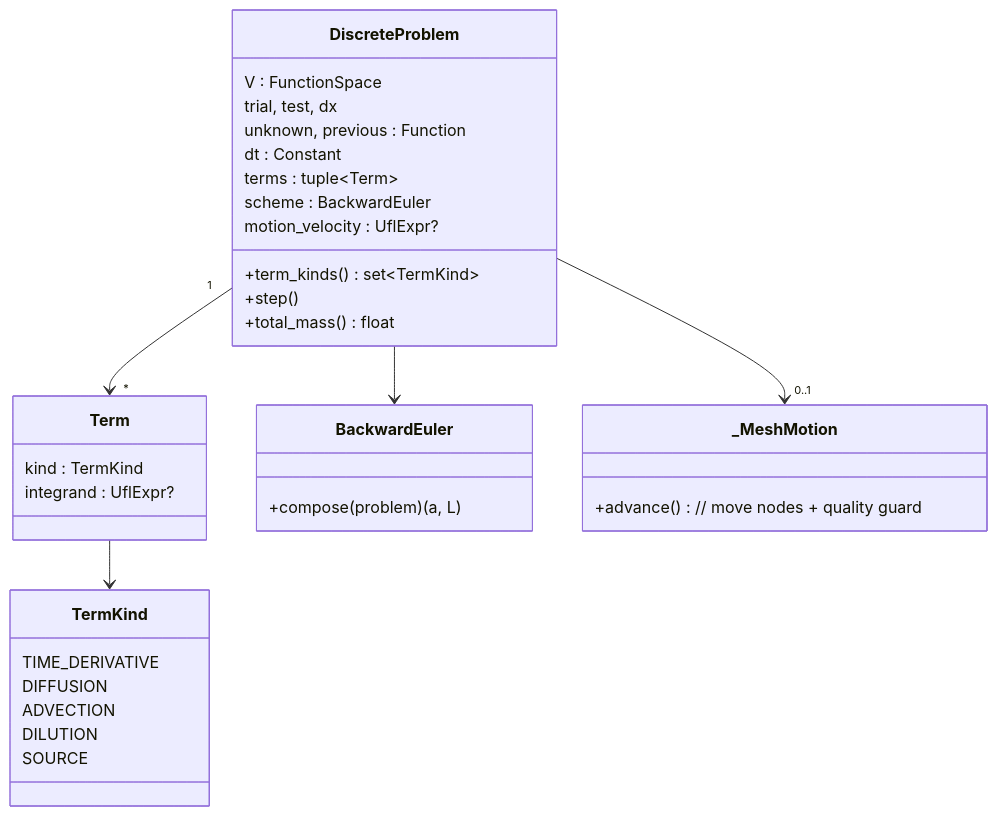
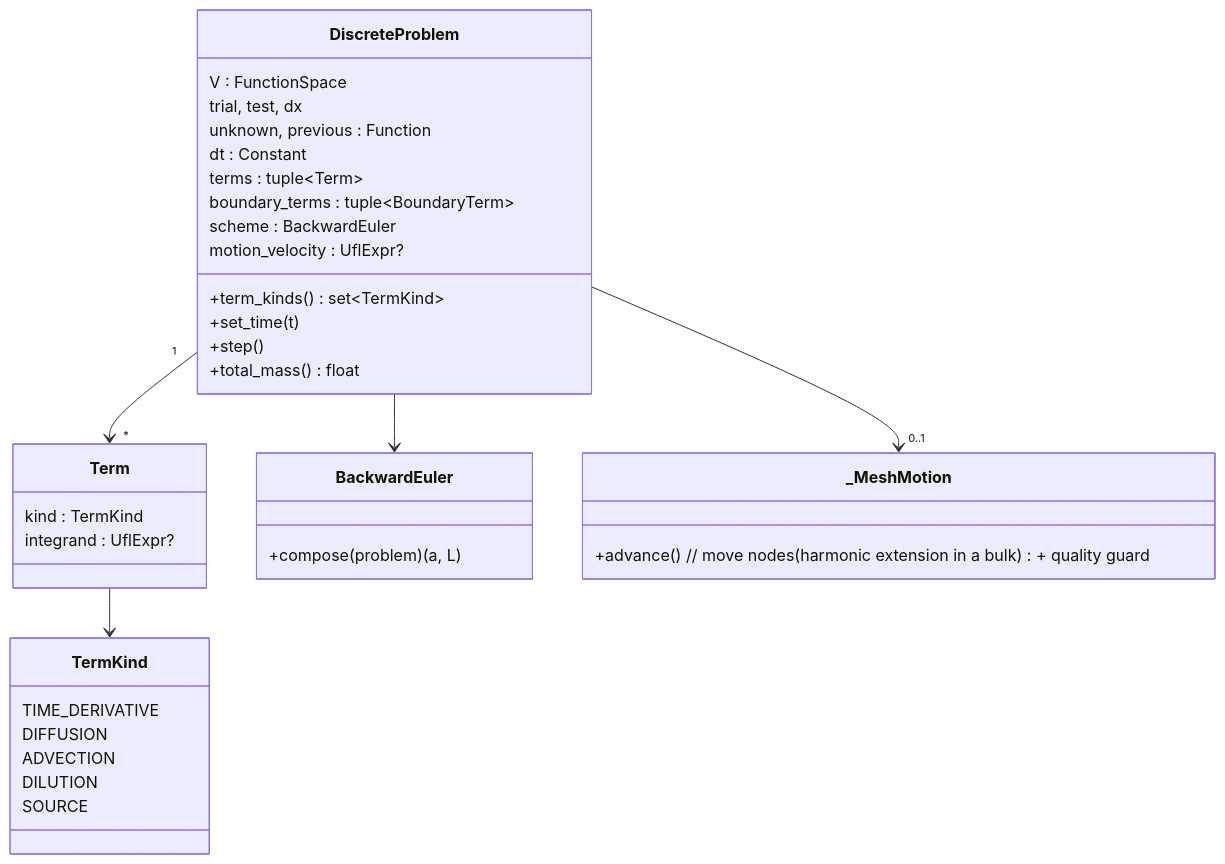
One commit to virtualcell/vcell-fenics changed the third of 4 diagrams in docs/architecture.md. Above: the diagram before and after it, drawn with Mermaid. The commit also changed other lines of this file and 2 other files, not shown here.

First line of the commit message:
docs: rewrite the overview and architecture to the current checkout (D01)

````diff
--- a/docs/architecture.md
+++ b/docs/architecture.md
@@ -89,36 +118,38 @@
 ```mermaid
 classDiagram
     class DiscreteProblem {
         V : FunctionSpace
         trial, test, dx
         unknown, previous : Function
         dt : Constant
         terms : tuple~Term~
+        boundary_terms : tuple~BoundaryTerm~
         scheme : BackwardEuler
         motion_velocity : UflExpr?
         +term_kinds() set~TermKind~
+        +set_time(t)
         +step()
         +total_mass() float
     }
     class Term {
         kind : TermKind
         integrand : UflExpr?
     }
     class TermKind {
         TIME_DERIVATIVE
         DIFFUSION
         ADVECTION
         DILUTION
         SOURCE
     }
     class BackwardEuler {
         +compose(problem) (a, L)
     }
     class _MeshMotion {
-        +advance()  // move nodes + quality guard
+        +advance()  // move nodes (harmonic extension in a bulk) + quality guard
     }
     DiscreteProblem "1" --> "*" Term
     Term --> TermKind
     DiscreteProblem --> BackwardEuler
     DiscreteProblem --> "0..1" _MeshMotion
 ```
````
